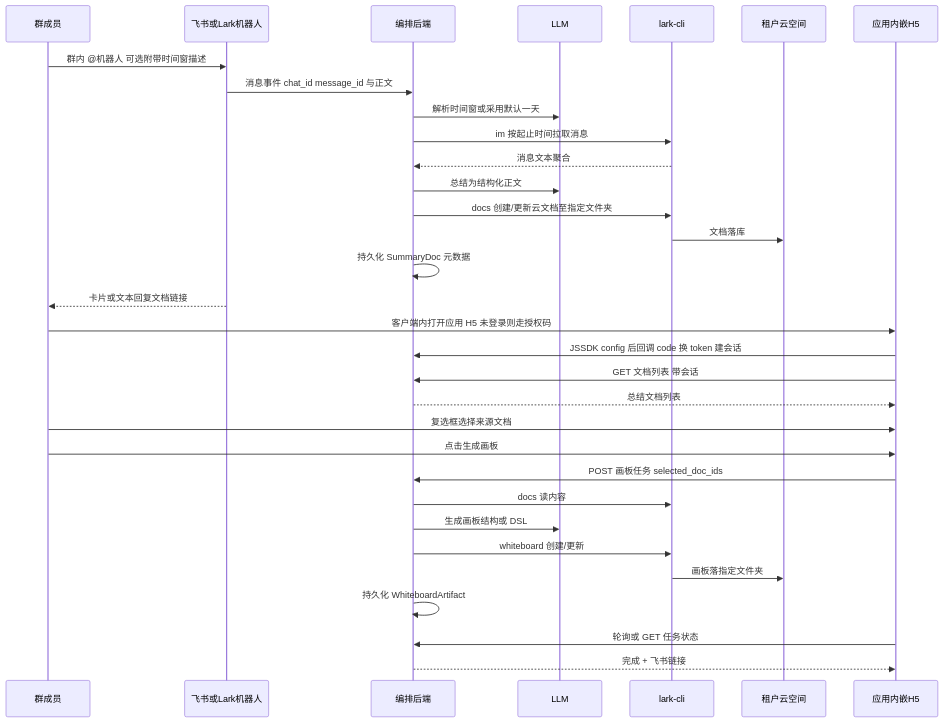
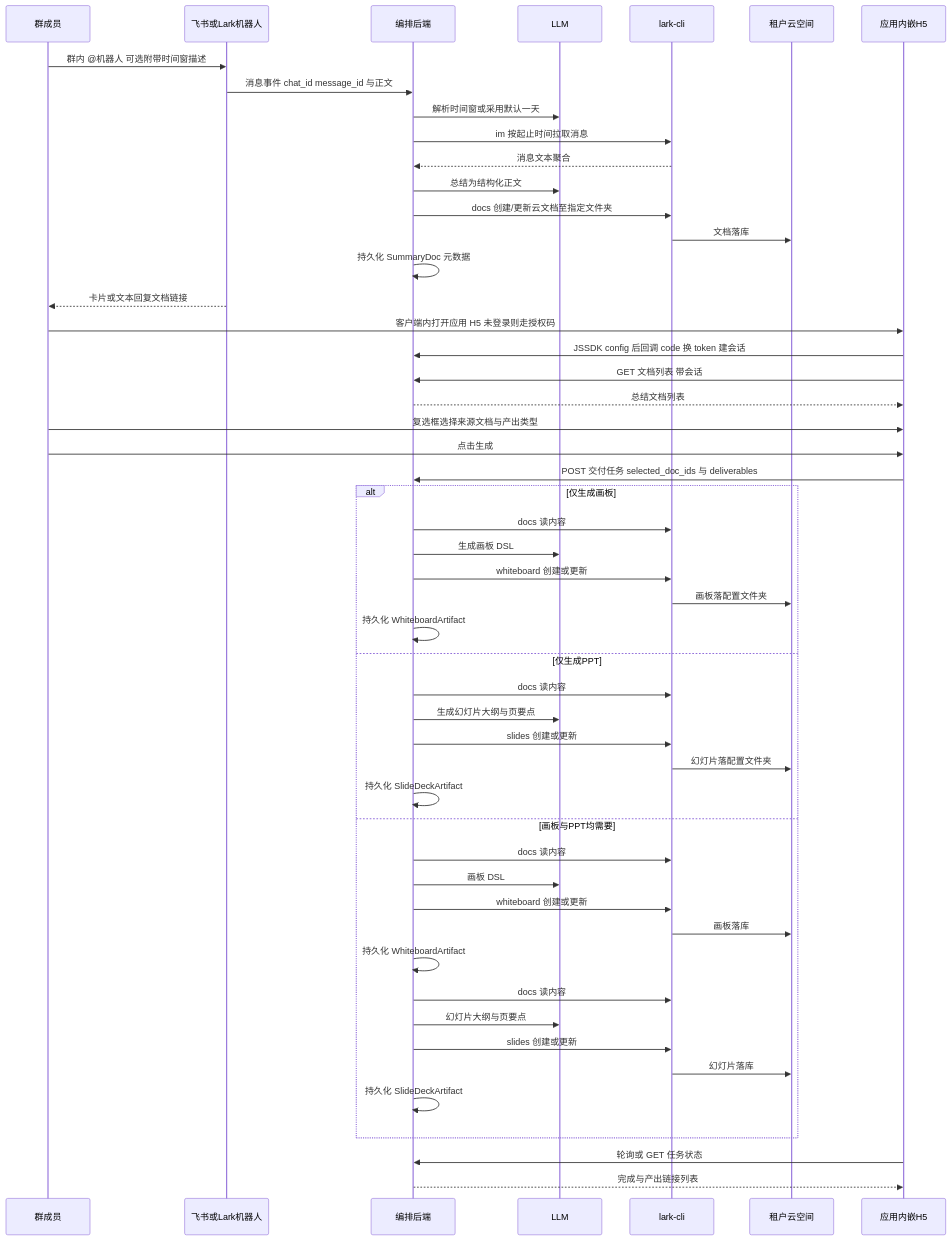
Before and after one commit to seinzwong/im-office-agent: the first of 2 diagrams in .cursor/plans/agent-pilot_架构计划_1ee2dcd2.plan.md, drawn with Mermaid. The commit also changed other lines of this file, not shown here.

Commit message:
Update Agent-Pilot plan to enhance document generation features, allowing users to select output types (whiteboard, PPT, or both) and improving the orchestration of tasks. Adjusted configuration options for output directories and refined the workflow for document processing and delivery.

````diff
--- a/.cursor/plans/agent-pilot_架构计划_1ee2dcd2.plan.md
+++ b/.cursor/plans/agent-pilot_架构计划_1ee2dcd2.plan.md
@@ -46,36 +46,57 @@
 ```mermaid
 sequenceDiagram
   participant User as 群成员
   participant Bot as 飞书或Lark机器人
   participant Orch as 编排后端
   participant LLM as LLM
   participant CLI as lark-cli
   participant Drive as 租户云空间
   participant Web as 应用内嵌H5
 
   User->>Bot: 群内 @机器人 可选附带时间窗描述
   Bot->>Orch: 消息事件 chat_id message_id 与正文
   Orch->>LLM: 解析时间窗或采用默认一天
   Orch->>CLI: im 按起止时间拉取消息
   CLI-->>Orch: 消息文本聚合
   Orch->>LLM: 总结为结构化正文
   Orch->>CLI: docs 创建/更新云文档至指定文件夹
   CLI->>Drive: 文档落库
   Orch->>Orch: 持久化 SummaryDoc 元数据
   Bot-->>User: 卡片或文本回复文档链接
 
   User->>Web: 客户端内打开应用 H5 未登录则走授权码
   Web->>Orch: JSSDK config 后回调 code 换 token 建会话
   Web->>Orch: GET 文档列表 带会话
   Orch-->>Web: 总结文档列表
-  User->>Web: 复选框选择来源文档
-  User->>Web: 点击生成画板
-  Web->>Orch: POST 画板任务 selected_doc_ids
-  Orch->>CLI: docs 读内容
-  Orch->>LLM: 生成画板结构或 DSL
-  Orch->>CLI: whiteboard 创建/更新
-  CLI->>Drive: 画板落指定文件夹
-  Orch->>Orch: 持久化 WhiteboardArtifact
+  User->>Web: 复选框选择来源文档与产出类型
+  User->>Web: 点击生成
+  Web->>Orch: POST 交付任务 selected_doc_ids 与 deliverables
+
+  alt 仅生成画板
+    Orch->>CLI: docs 读内容
+    Orch->>LLM: 生成画板 DSL
+    Orch->>CLI: whiteboard 创建或更新
+    CLI->>Drive: 画板落配置文件夹
+    Orch->>Orch: 持久化 WhiteboardArtifact
+  else 仅生成PPT
+    Orch->>CLI: docs 读内容
+    Orch->>LLM: 生成幻灯片大纲与页要点
+    Orch->>CLI: slides 创建或更新
+    CLI->>Drive: 幻灯片落配置文件夹
+    Orch->>Orch: 持久化 SlideDeckArtifact
+  else 画板与PPT均需要
+    Orch->>CLI: docs 读内容
+    Orch->>LLM: 画板 DSL
+    Orch->>CLI: whiteboard 创建或更新
+    CLI->>Drive: 画板落库
+    Orch->>Orch: 持久化 WhiteboardArtifact
+    Orch->>CLI: docs 读内容
+    Orch->>LLM: 幻灯片大纲与页要点
+    Orch->>CLI: slides 创建或更新
+    CLI->>Drive: 幻灯片落库
+    Orch->>Orch: 持久化 SlideDeckArtifact
+  end
+
   Web->>Orch: 轮询或 GET 任务状态
-  Orch-->>Web: 完成 + 飞书链接
+  Orch-->>Web: 完成与产出链接列表
 ```
````
